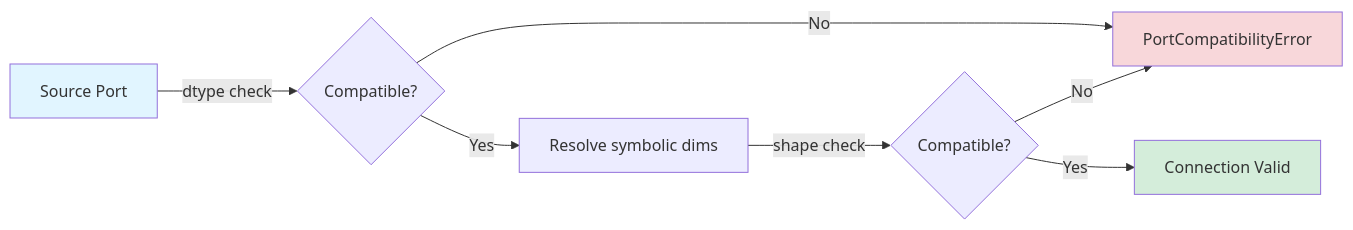
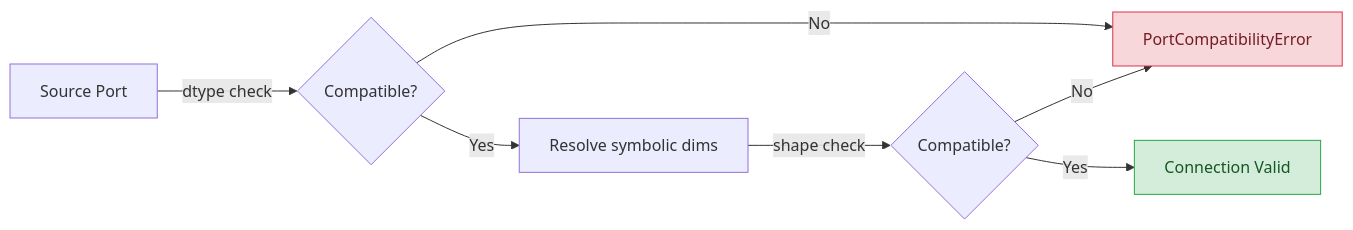
One commit to cubert-hyperspectral/cuvis-ai changed the first of 6 diagrams in docs/concepts/port.md. Above: the diagram before and after it, drawn with Mermaid. The commit also changed other lines of this file and 18 other files, not shown here.

First line of the commit message:
docs(theme): use classDef for Mermaid styling and tighten cross-page copy

````diff
--- a/docs/concepts/port.md
+++ b/docs/concepts/port.md
@@ -78,12 +78,13 @@
 ```mermaid
 flowchart LR
     A[Source Port] -->|dtype check| B{Compatible?}
     B -->|No| C[PortCompatibilityError]
     B -->|Yes| D[Resolve symbolic dims]
     D -->|shape check| E{Compatible?}
     E -->|No| C
     E -->|Yes| F[Connection Valid]
-    style A fill:#e1f5ff
-    style F fill:#d4edda
-    style C fill:#f8d7da
+    classDef success fill:#d4edda,stroke:#28a745,color:#155724
+    classDef error fill:#f8d7da,stroke:#dc3545,color:#721c24
+    class F success
+    class C error
 ```
````
